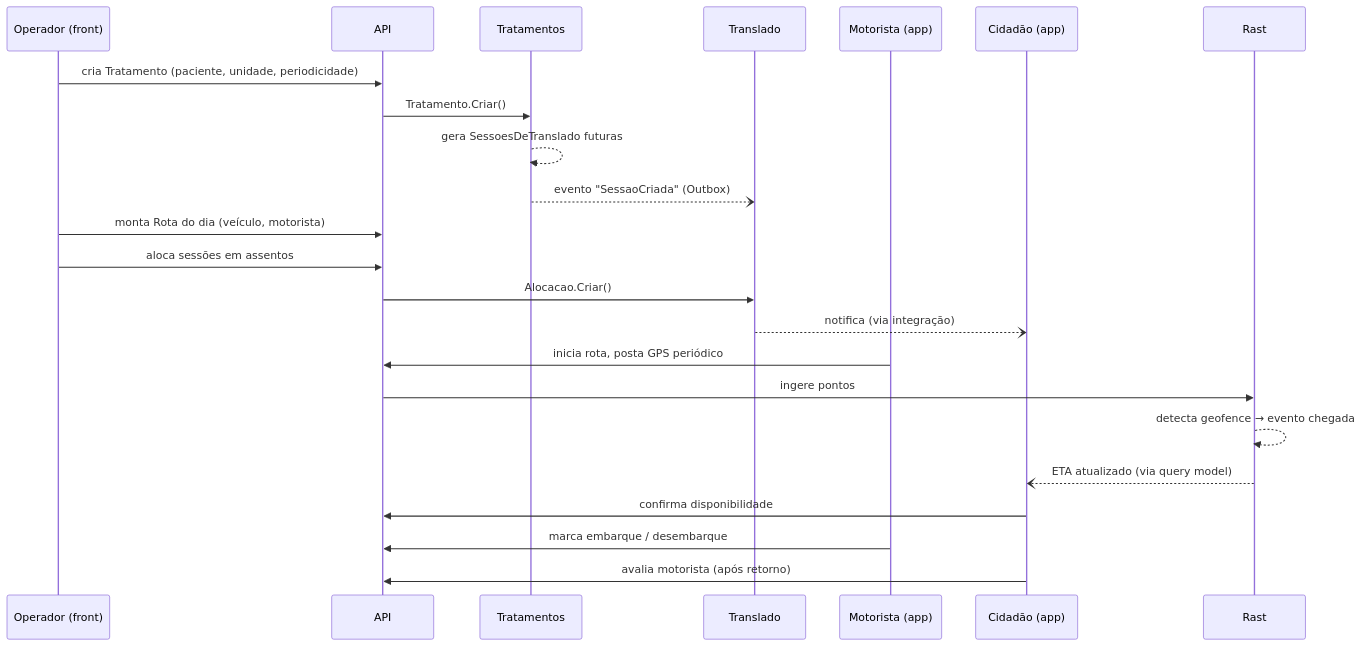
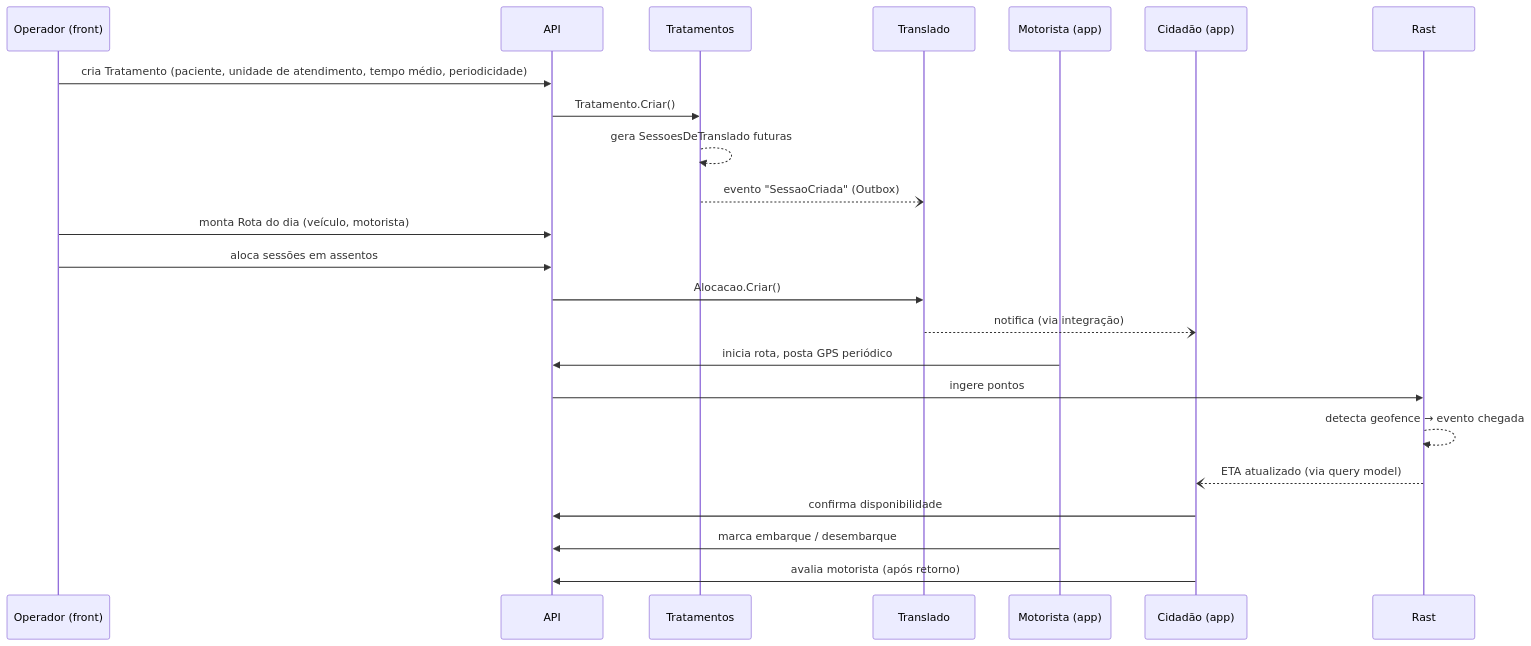
Before and after one commit to AutomaisIO/SMSMarica: the second of 2 diagrams in docs/domain.md, drawn with Mermaid. The commit also changed other lines of this file and 66 other files, not shown here.

````diff
--- a/docs/domain.md
+++ b/docs/domain.md
@@ -104,28 +107,28 @@
 ```mermaid
 sequenceDiagram
   participant Op as Operador (front)
   participant API
   participant Trat as Tratamentos
   participant Trans as Translado
   participant Mot as Motorista (app)
   participant Cid as Cidadão (app)
 
-  Op->>API: cria Tratamento (paciente, unidade, periodicidade)
+  Op->>API: cria Tratamento (paciente, unidade de atendimento, tempo médio, periodicidade)
   API->>Trat: Tratamento.Criar()
   Trat-->>Trat: gera SessoesDeTranslado futuras
   Trat--)Trans: evento "SessaoCriada" (Outbox)
 
   Op->>API: monta Rota do dia (veículo, motorista)
   Op->>API: aloca sessões em assentos
   API->>Trans: Alocacao.Criar()
   Trans--)Cid: notifica (via integração)
 
   Mot->>API: inicia rota, posta GPS periódico
   API->>Rast: ingere pontos
   Rast-->>Rast: detecta geofence → evento chegada
   Rast--)Cid: ETA atualizado (via query model)
 
   Cid->>API: confirma disponibilidade
   Mot->>API: marca embarque / desembarque
   Cid->>API: avalia motorista (após retorno)
 ```
````
